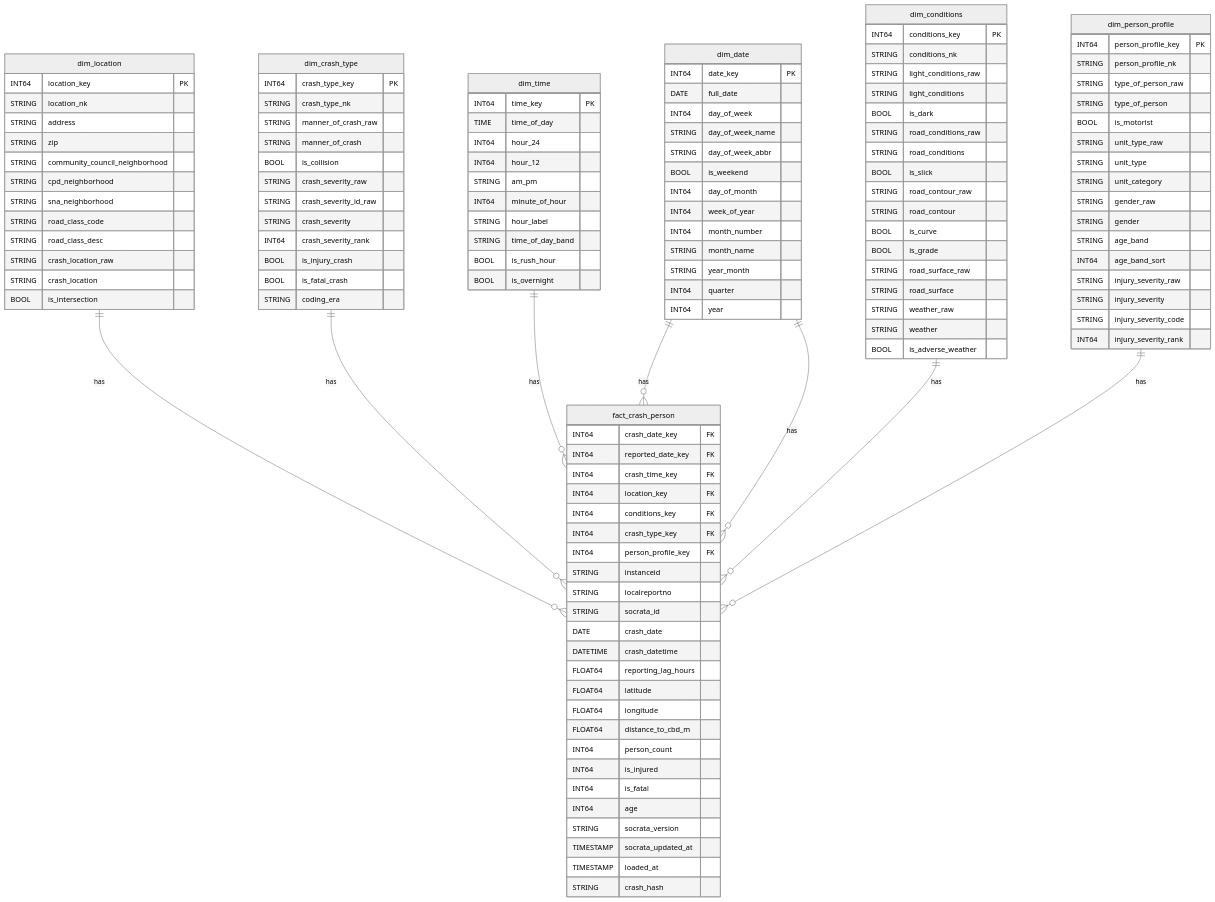
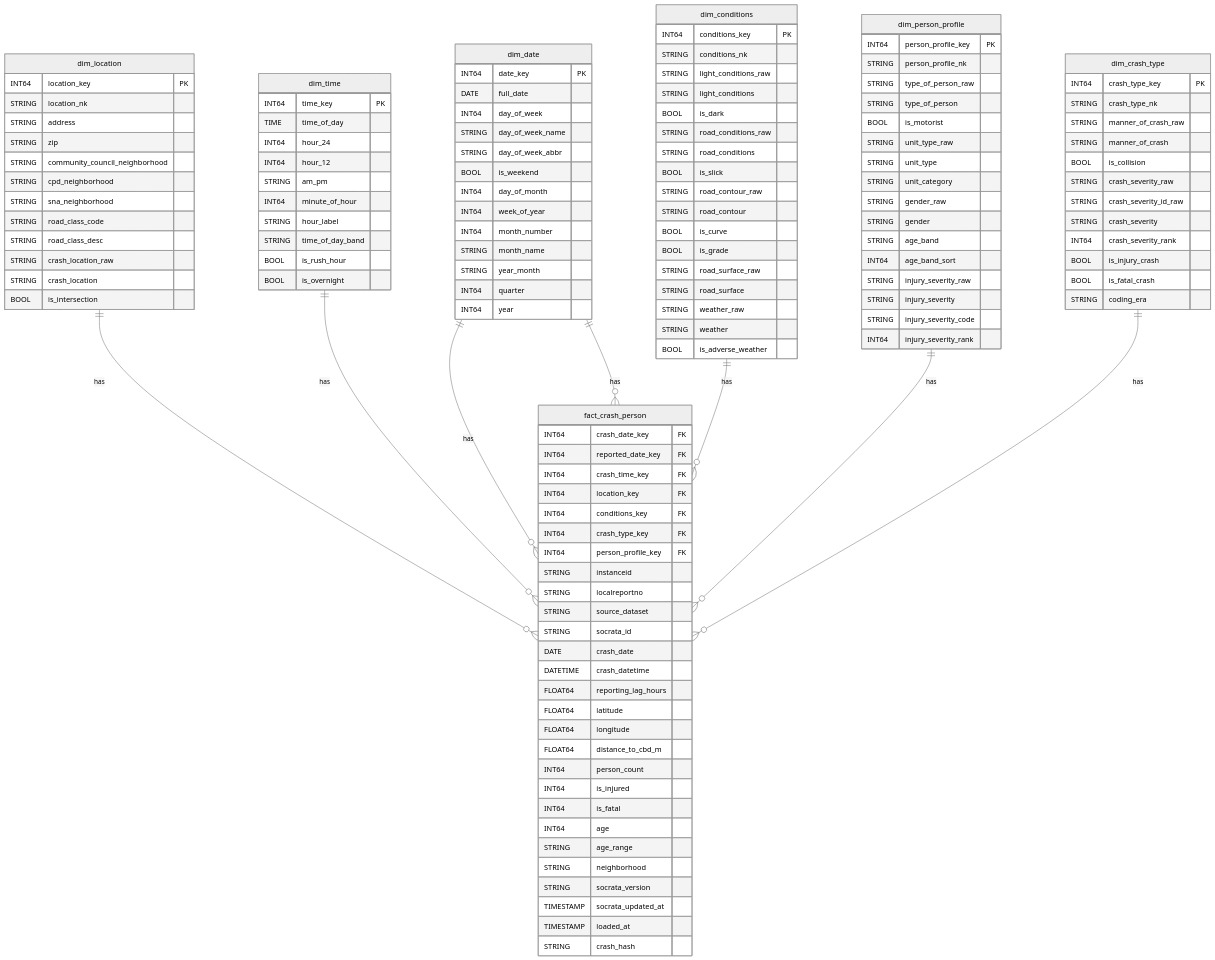
Before and after one commit to Brandon-m-Y/Data_Eng_Cinci_API: the diagram in docs/ERD_Star_Schema.md, drawn with Mermaid (neutral theme). The commit also changed 19 other files, not shown here.

````diff
--- a/docs/ERD_Star_Schema.md
+++ b/docs/ERD_Star_Schema.md
@@ -106,6 +106,7 @@
    INT64 person_profile_key FK
    STRING instanceid 
    STRING localreportno 
+   STRING source_dataset 
    STRING socrata_id 
    DATE crash_date 
    DATETIME crash_datetime 
@@ -117,16 +118,18 @@
    INT64 is_injured 
    INT64 is_fatal 
    INT64 age 
+   STRING age_range 
+   STRING neighborhood 
    STRING socrata_version 
    TIMESTAMP socrata_updated_at 
    TIMESTAMP loaded_at 
    STRING crash_hash 
 }
 dim_location 1--0+ fact_crash_person : has
-dim_crash_type 1--0+ fact_crash_person : has
 dim_time 1--0+ fact_crash_person : has
 dim_date 1--0+ fact_crash_person : has
 dim_conditions 1--0+ fact_crash_person : has
 dim_date 1--0+ fact_crash_person : has
 dim_person_profile 1--0+ fact_crash_person : has
+dim_crash_type 1--0+ fact_crash_person : has
 ```
````
